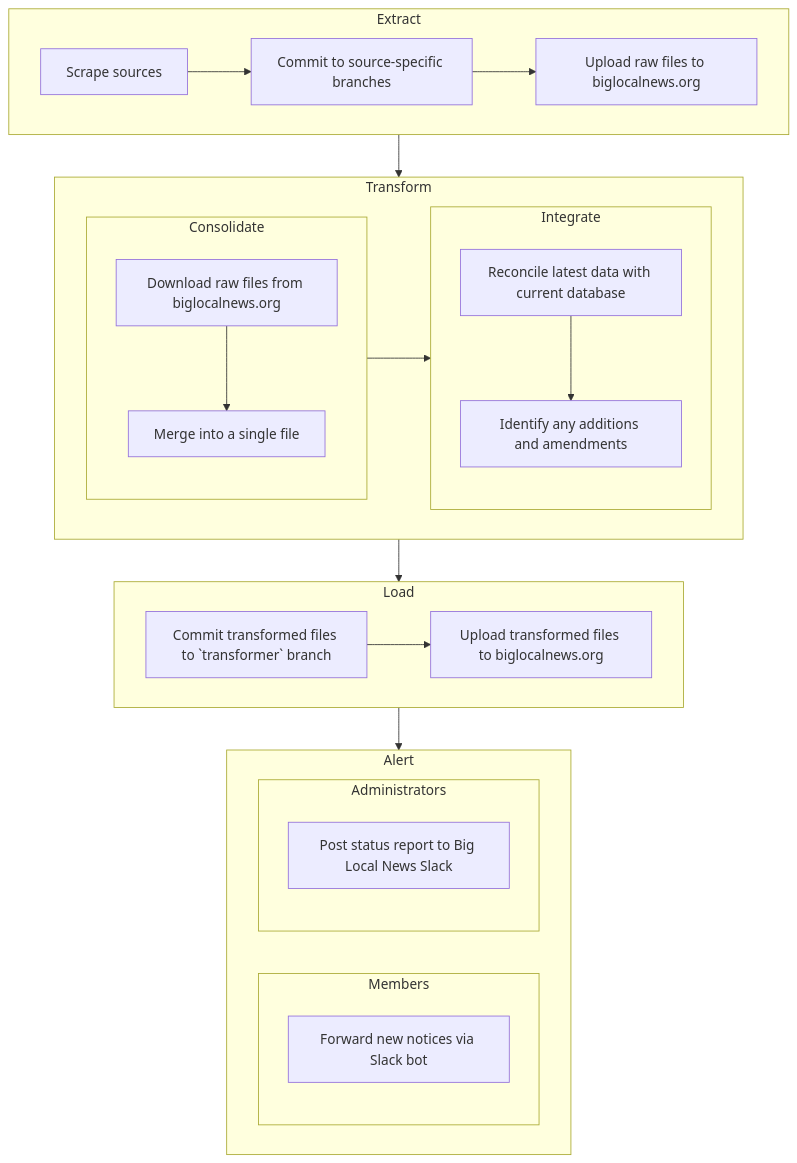
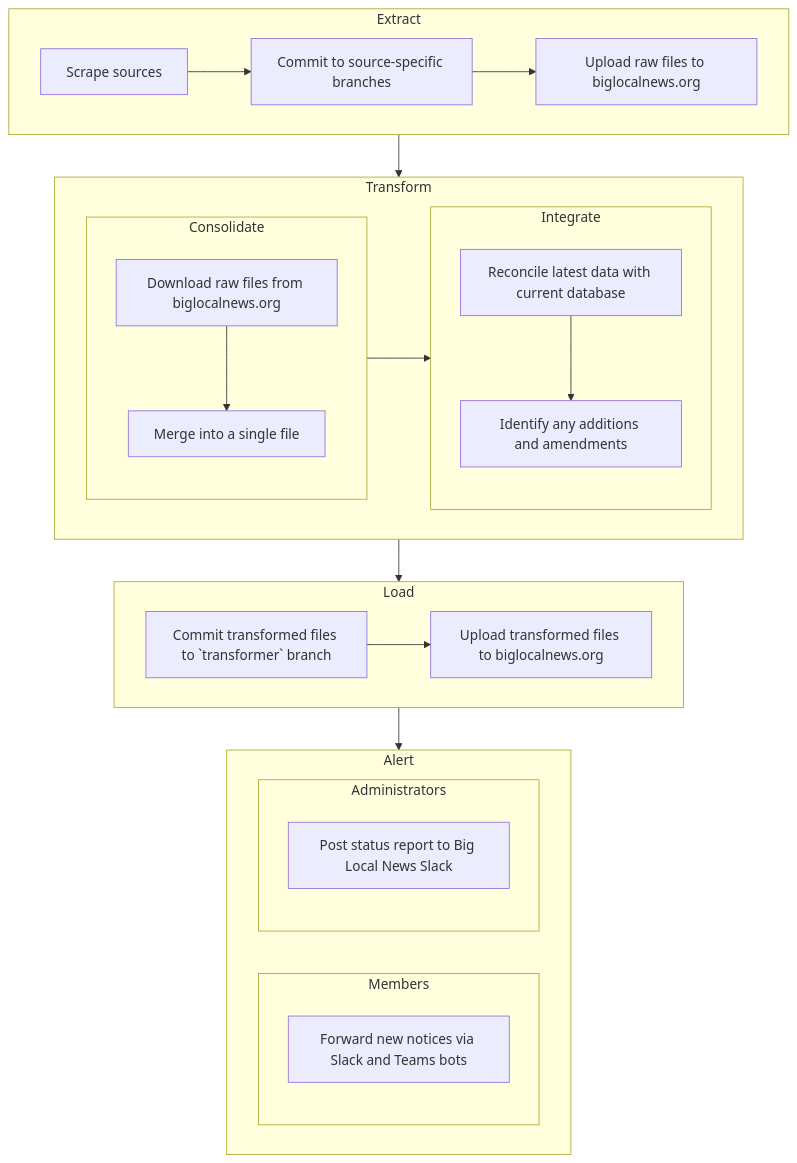
One commit to biglocalnews/warn-github-flow changed the diagram in README.md. Above: the diagram before and after it, drawn with Mermaid. The commit also changed other lines of this file, not shown here.

````diff
--- a/README.md
+++ b/README.md
@@ -12,31 +12,31 @@
 ```mermaid
 flowchart TB
     subgraph Extract
     A[Scrape sources] --> B[Commit to source-specific branches]
     B --> C[Upload raw files to biglocalnews.org]
     end
     subgraph Transform
     subgraph Consolidate
     D[Download raw files from biglocalnews.org] --> E[Merge into a single file]
     end
     subgraph Integrate
         F[Reconcile latest data with current database]
         F --> G[Identify any additions and amendments]
     end
     end
     subgraph Load
     H[Commit transformed files to `transformer` branch] --> I[Upload transformed files to biglocalnews.org]
     end
     subgraph Alert
     subgraph Members
-    L[Forward new notices via Slack bot]
+    L[Forward new notices via Slack and Teams bots]
     end
     subgraph Administrators
     J[Post status report to Big Local News Slack]
     end
     end
     Extract --> Transform
     Consolidate --> Integrate
     Transform --> Load
     Load --> Alert
 ```
````
